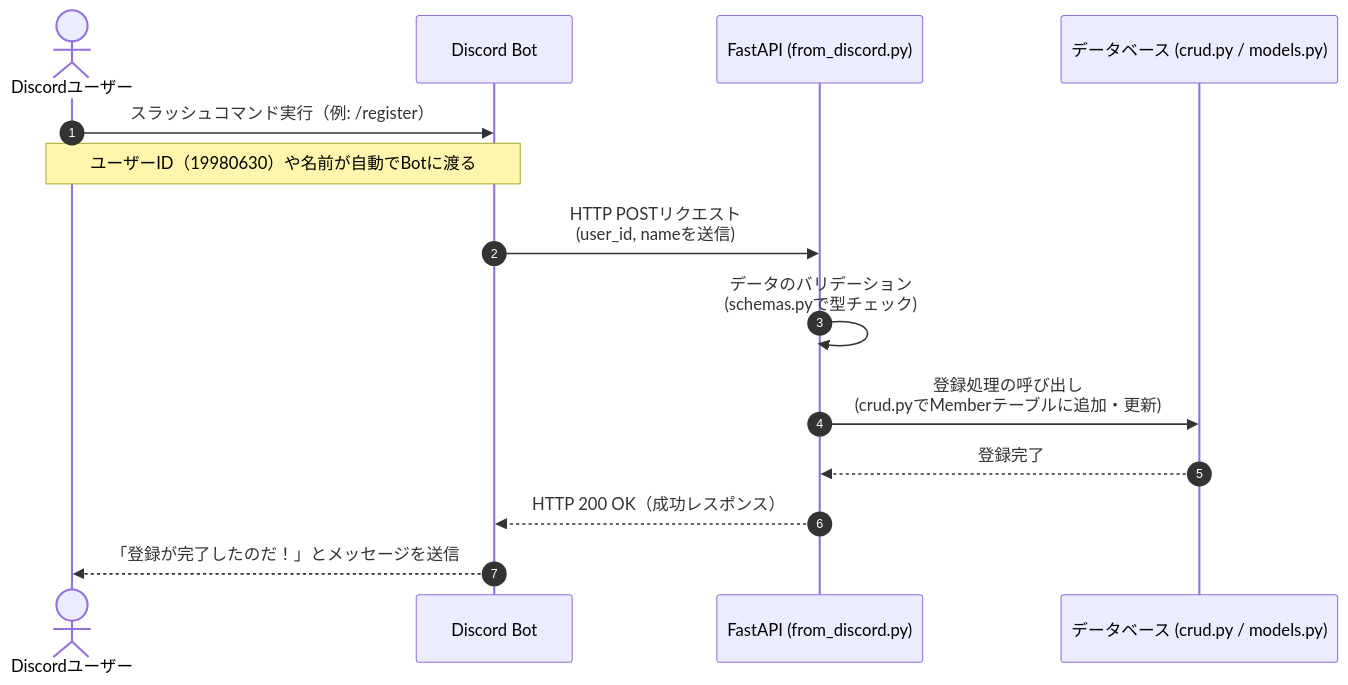
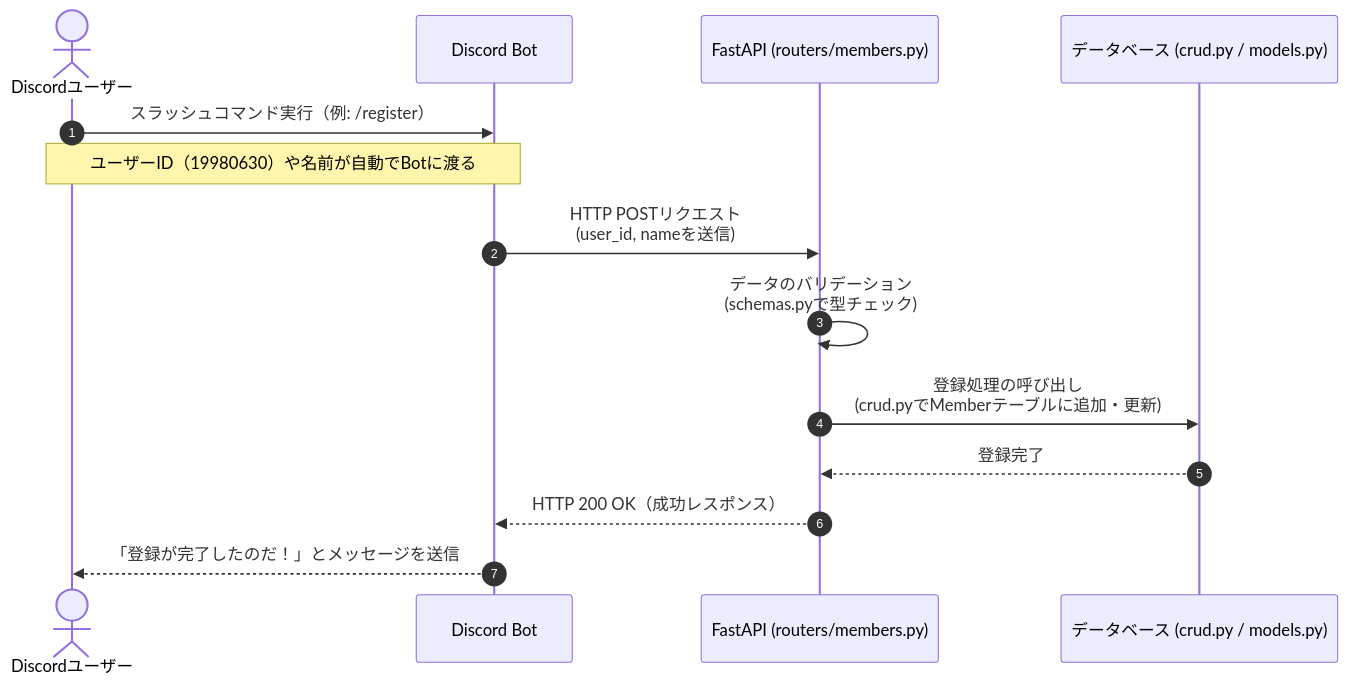
The diagram in docs/user_registration_sequence.md (rabin0630/DiscordWorkLogger), drawn with Mermaid before and after one commit. The commit also changed 4 other files, not shown here.

````diff
--- a/docs/user_registration_sequence.md
+++ b/docs/user_registration_sequence.md
@@ -7,23 +7,23 @@
 ```mermaid
 sequenceDiagram
     autonumber
     actor User as Discordユーザー
     participant Bot as Discord Bot
-    participant API as FastAPI (from_discord.py)
+    participant API as FastAPI (routers/members.py)
     participant DB as データベース (crud.py / models.py)
 
     User->>Bot: スラッシュコマンド実行（例: /register）
     note over User, Bot: ユーザーID（19980630）や名前が自動でBotに渡る
     
     Bot->>API: HTTP POSTリクエスト<br/>(user_id, nameを送信)
     
     API->>API: データのバリデーション<br/>(schemas.pyで型チェック)
     
     API->>DB: 登録処理の呼び出し<br/>(crud.pyでMemberテーブルに追加・更新)
     
     DB-->>API: 登録完了
     
     API-->>Bot: HTTP 200 OK（成功レスポンス）
     
     Bot-->>User: 「登録が完了したのだ！」とメッセージを送信
 ```
````
